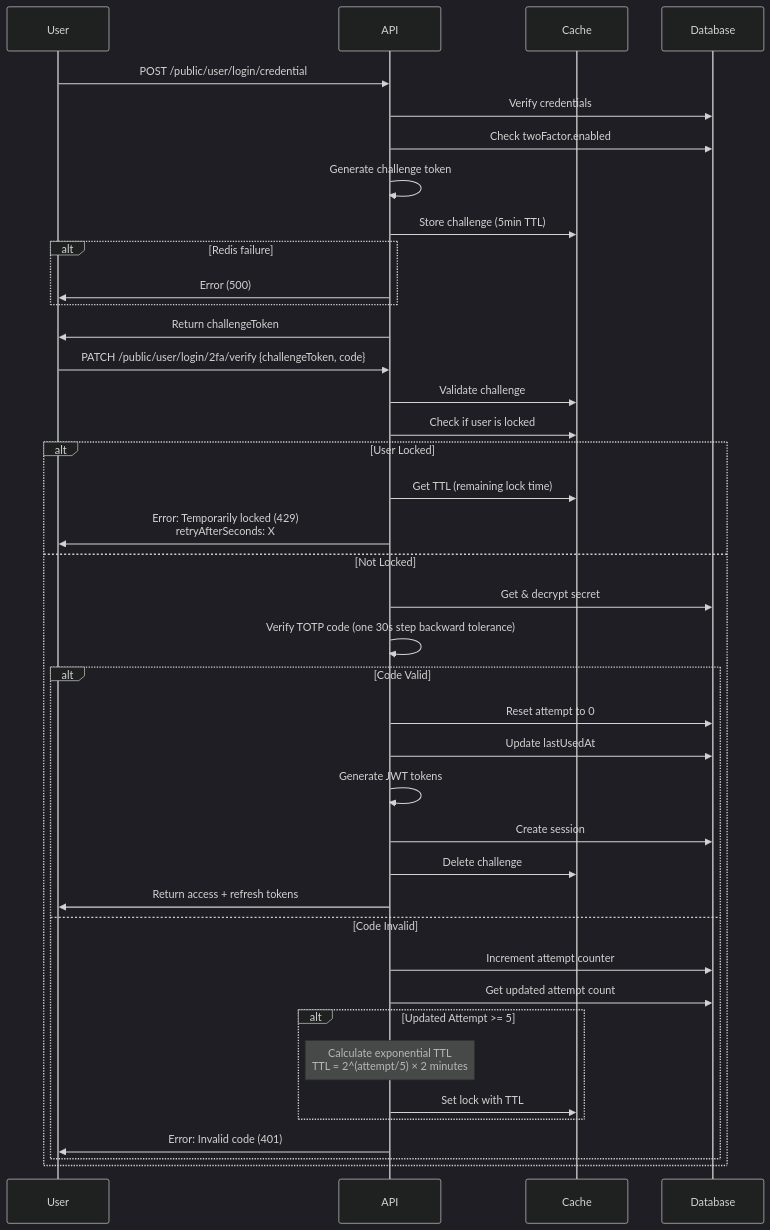
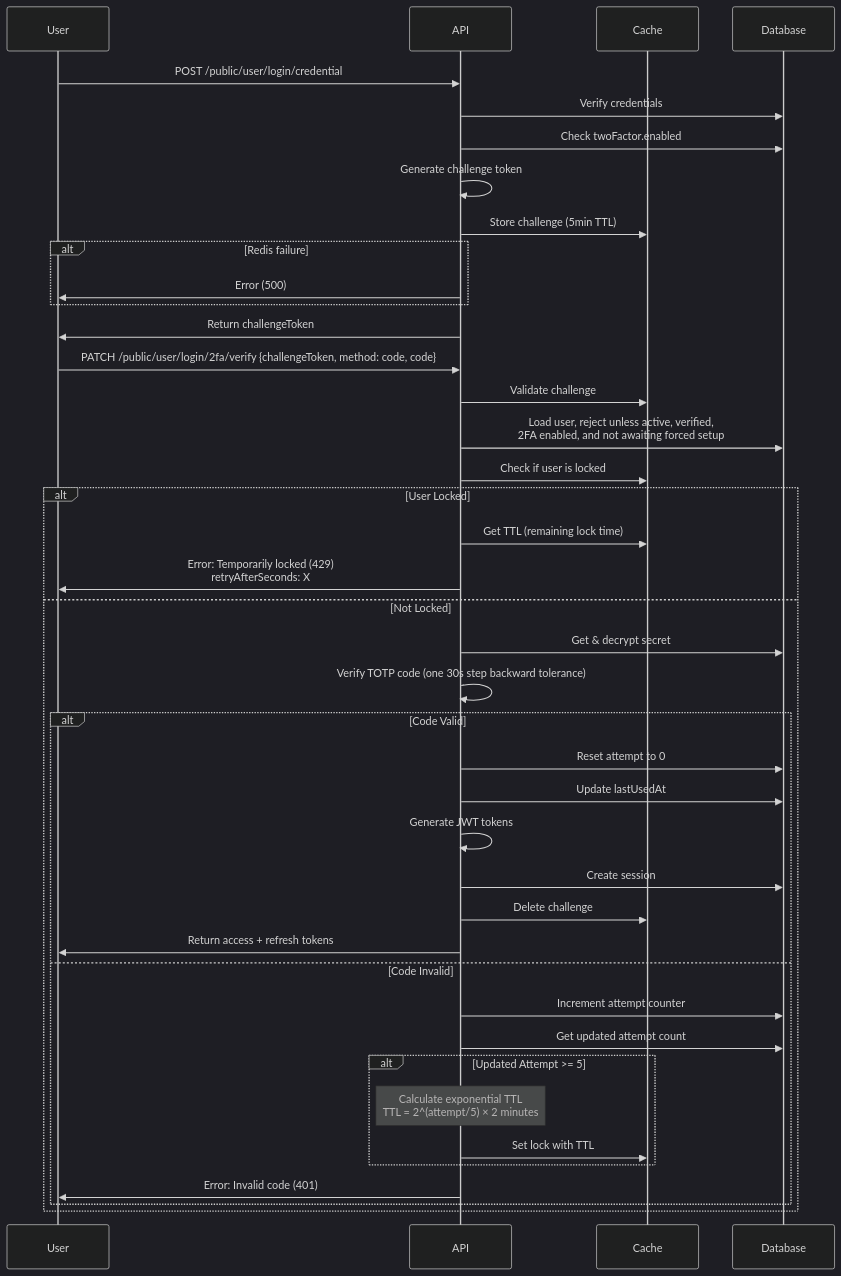
The second of 9 diagrams in docs/two-factor.md (andrechristikan/ack-nestjs-boilerplate), drawn with Mermaid (dark theme) before and after one commit. The commit also changed other lines of this file and 1195 other files, not shown here.

````diff
--- a/docs/two-factor.md
+++ b/docs/two-factor.md
@@ -240,43 +239,44 @@
 ```mermaid
 sequenceDiagram
     participant User
     participant API
     participant Cache
     participant Database
 
     User->>API: POST /public/user/login/credential
     API->>Database: Verify credentials
     API->>Database: Check twoFactor.enabled
     API->>API: Generate challenge token
     API->>Cache: Store challenge (5min TTL)
     alt Redis failure
         API->>User: Error (500)
     end
     API->>User: Return challengeToken
-    User->>API: PATCH /public/user/login/2fa/verify {challengeToken, code}
+    User->>API: PATCH /public/user/login/2fa/verify {challengeToken, method: code, code}
     API->>Cache: Validate challenge
+    API->>Database: Load user, reject unless active, verified,<br/>2FA enabled, and not awaiting forced setup
     API->>Cache: Check if user is locked
     alt User Locked
         API->>Cache: Get TTL (remaining lock time)
         API->>User: Error: Temporarily locked (429)<br/>retryAfterSeconds: X
     else Not Locked
         API->>Database: Get & decrypt secret
         API->>API: Verify TOTP code (one 30s step backward tolerance)
         alt Code Valid
             API->>Database: Reset attempt to 0
             API->>Database: Update lastUsedAt
             API->>API: Generate JWT tokens
             API->>Database: Create session
             API->>Cache: Delete challenge
             API->>User: Return access + refresh tokens
         else Code Invalid
             API->>Database: Increment attempt counter
             API->>Database: Get updated attempt count
             alt Updated Attempt >= 5
                 Note over API: Calculate exponential TTL<br/>TTL = 2^(attempt/5) × 2 minutes
                 API->>Cache: Set lock with TTL
             end
             API->>User: Error: Invalid code (401)
         end
     end
 ```
````
